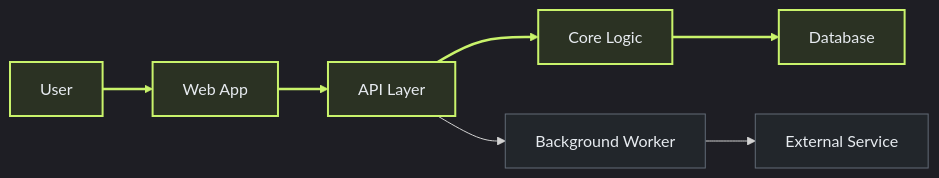
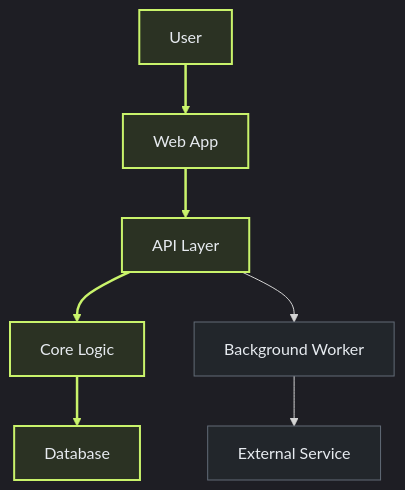
One commit to adianvel/codebase-map changed the diagram in README.md. Above: the diagram before and after it, drawn with Mermaid. The commit also changed other lines of this file and 1 other file, not shown here.

Commit message:
Improve diagram layout guidance

````diff
--- a/README.md
+++ b/README.md
@@ -85,17 +68,17 @@
 ```mermaid
 %%{init: {"theme":"dark","themeVariables":{"background":"#17191D","fontFamily":"system-ui"}}}%%
-flowchart LR
+flowchart TB
     user["User"] --> web["Web App"]
     web --> api["API Layer"]
     api --> core["Core Logic"]
     core --> db["Database"]
 
     api --> worker["Background Worker"]
     worker --> external["External Service"]
 
     classDef node fill:#22262B,stroke:#626B77,color:#E7EBF0;
     classDef focus fill:#2B3223,stroke:#C9F36B,stroke-width:2px,color:#E7EBF0;
     class user,web,api,core,db focus;
     class worker,external node;
     linkStyle 0,1,2,3 stroke:#C9F36B,stroke-width:2.5px;
 ```
````
